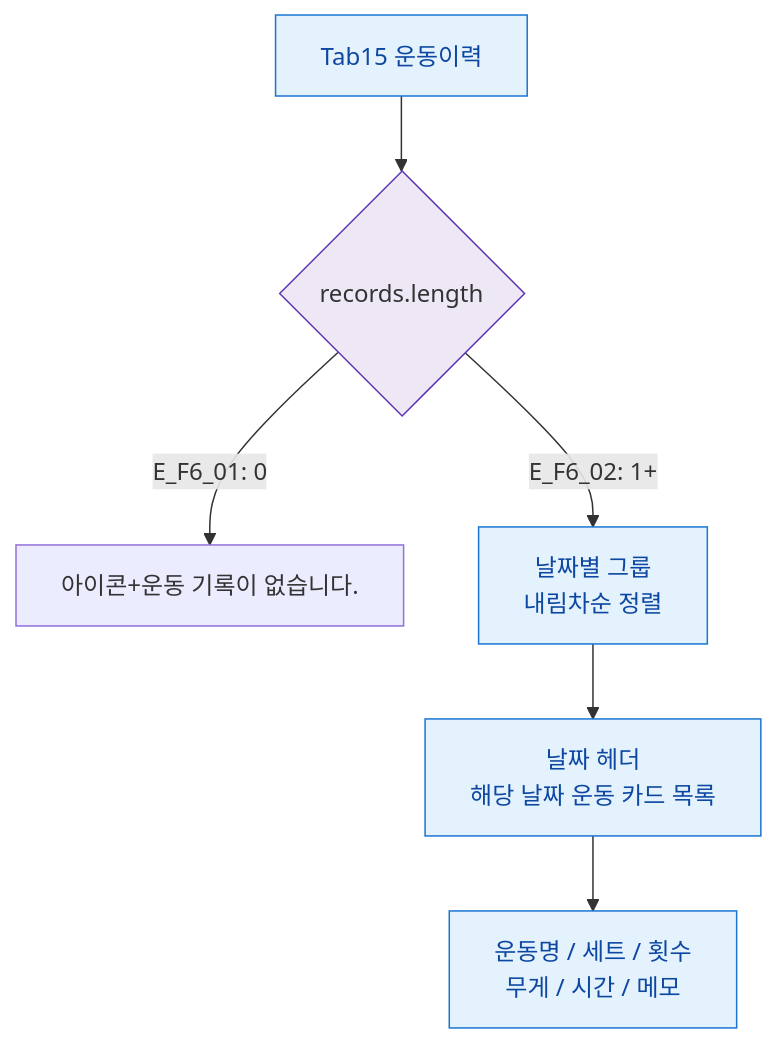
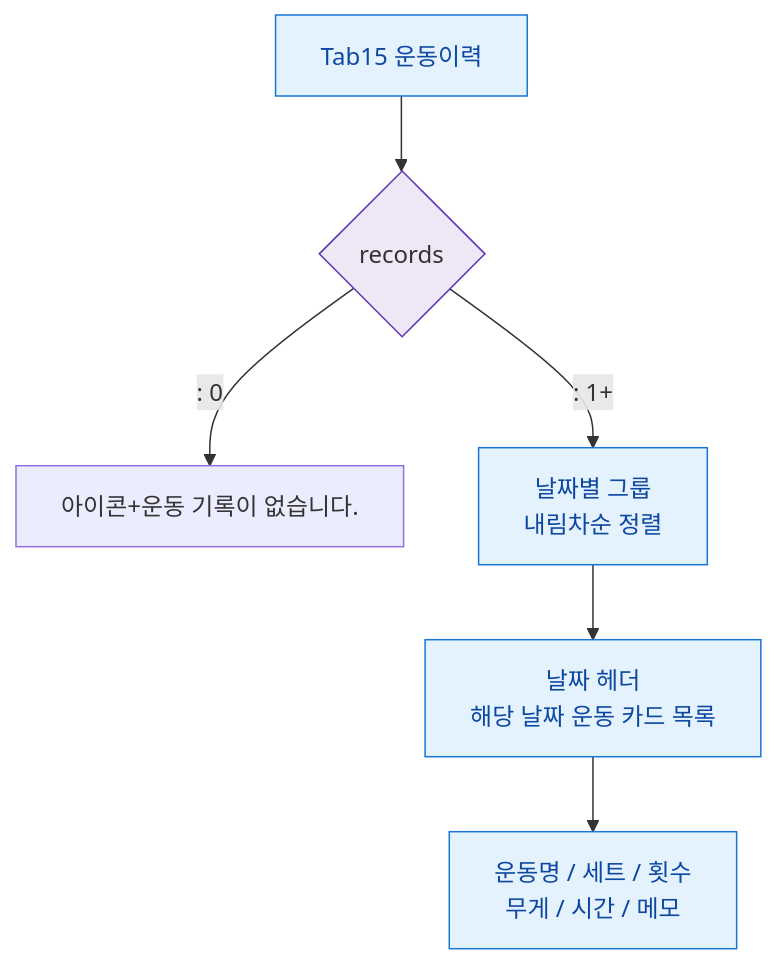
One commit to dev-spogym/admin-pando changed the diagram in docs/다이어그램/D02_회원관리/SCR-M004_회원상세/Tab15_운동이력/F6_상태별.md. Above: the diagram before and after it, drawn with Mermaid. The commit also changed other lines of this file and 1660 other files, not shown here.

First line of the commit message:
다이어그램: 기획자/클라이언트 납품본으로 정리

````diff
--- a/docs/다이어그램/D02_회원관리/SCR-M004_회원상세/Tab15_운동이력/F6_상태별.md
+++ b/docs/다이어그램/D02_회원관리/SCR-M004_회원상세/Tab15_운동이력/F6_상태별.md
@@ -22,14 +20,14 @@
 ```mermaid
 flowchart TD
-  TAB[Tab15 운동이력] --> LIST{records.length}
-  LIST -->|"E_F6_01: 0"| EMPTY[아이콘+운동 기록이 없습니다.]
-  LIST -->|"E_F6_02: 1+"| GROUPS[날짜별 그룹\n내림차순 정렬]
+  TAB[Tab15 운동이력] --> LIST{records}
+  LIST -->|": 0"|EMPTY[아이콘+운동 기록이 없습니다.]
+  LIST -->|": 1+"|GROUPS[날짜별 그룹\n내림차순 정렬]
 
   GROUPS --> GROUP[날짜 헤더\n해당 날짜 운동 카드 목록]
   GROUP --> FIELDS[운동명 / 세트 / 횟수\n무게 / 시간 / 메모]
 
   classDef screen fill:#E3F2FD,stroke:#1976D2,color:#0D47A1
   classDef system fill:#EDE7F6,stroke:#5E35B2
   class TAB,GROUPS,GROUP,FIELDS screen
   class LIST system
 ```
````
